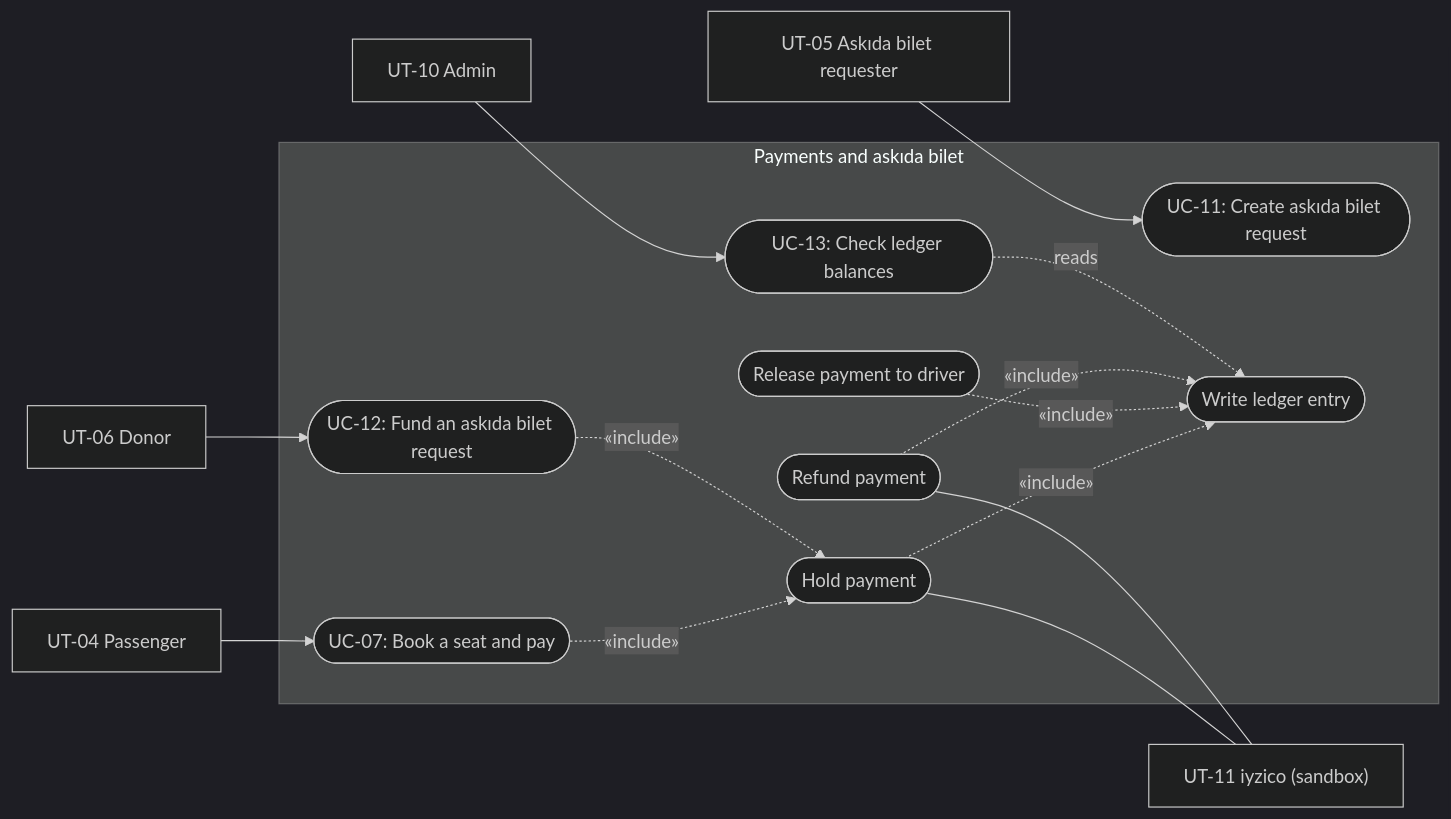
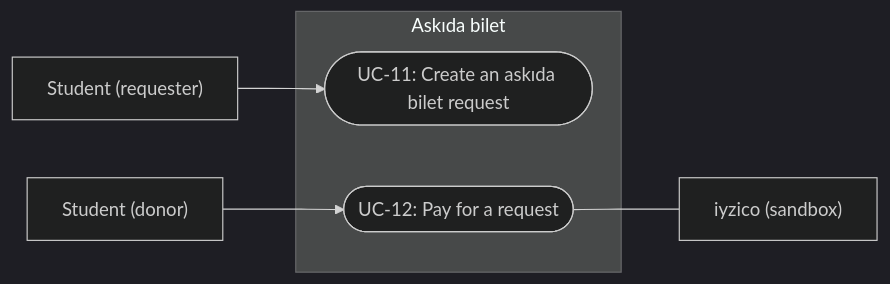
The fourth of 7 diagrams in docs/RequirementsSpec.md (FuatKarakaya/ShareMaxxing), drawn with Mermaid (dark theme) before and after one commit. The commit also changed other lines of this file, not shown here.

````diff
--- a/docs/RequirementsSpec.md
+++ b/docs/RequirementsSpec.md
@@ -636,33 +330,16 @@
 ```mermaid
 flowchart LR
-    Requester["UT-05 Askıda bilet requester"]
-    Passenger["UT-04 Passenger"]
-    Donor["UT-06 Donor"]
-    Admin["UT-10 Admin"]
+    Requester["Student (requester)"]
+    Donor["Student (donor)"]
 
-    subgraph System["Payments and askıda bilet"]
-        UC11(["UC-11: Create askıda bilet request"])
-        UC07(["UC-07: Book a seat and pay"])
-        UC12(["UC-12: Fund an askıda bilet request"])
-        UC13(["UC-13: Check ledger balances"])
-        Hold(["Hold payment"])
-        Release(["Release payment to driver"])
-        Refund(["Refund payment"])
-        Ledger(["Write ledger entry"])
+    subgraph System["Askıda bilet"]
+        UC11(["UC-11: Create an askıda bilet request"])
+        UC12(["UC-12: Pay for a request"])
     end
 
-    Iyzico["UT-11 iyzico (sandbox)"]
+    Iyzico["iyzico (sandbox)"]
 
     Requester --> UC11
-    Passenger --> UC07
     Donor --> UC12
-    Admin --> UC13
-    UC07 -.->|«include»| Hold
-    UC12 -.->|«include»| Hold
-    Hold -.->|«include»| Ledger
-    Release -.->|«include»| Ledger
-    Refund -.->|«include»| Ledger
-    UC13 -.->|reads| Ledger
-    Hold --- Iyzico
-    Refund --- Iyzico
+    UC12 --- Iyzico
 ```
````
